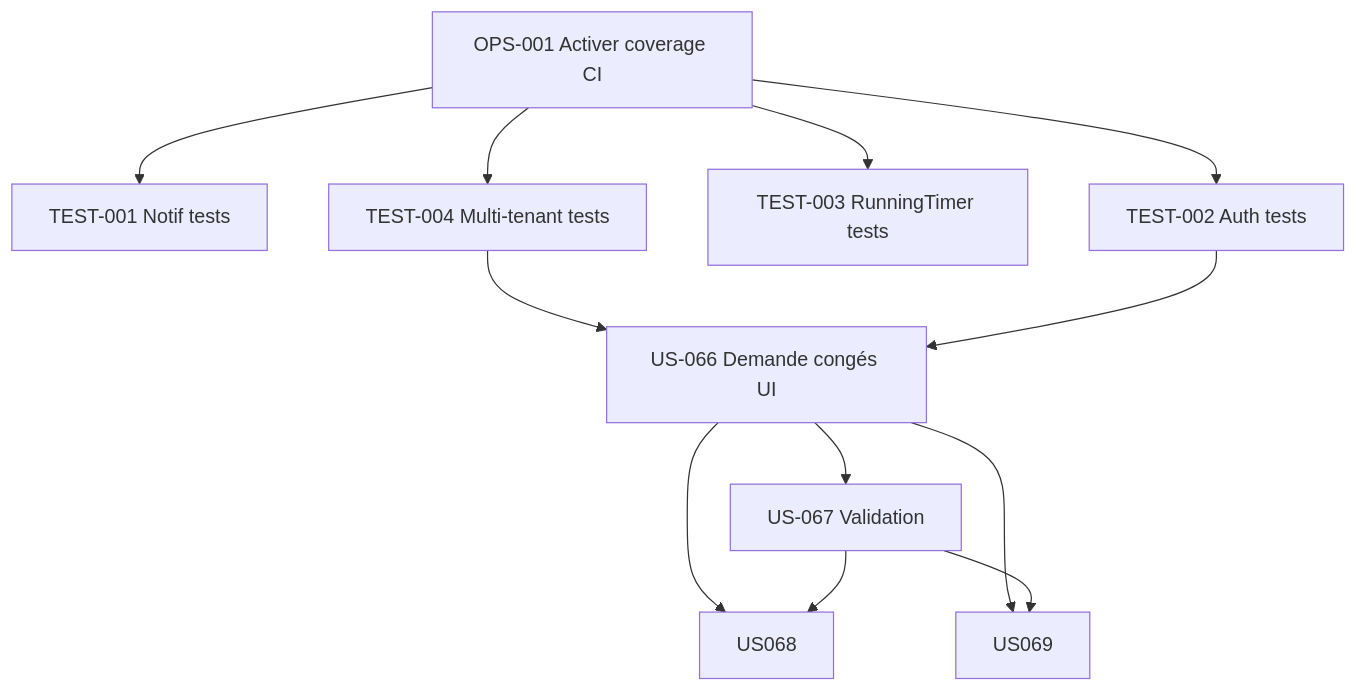
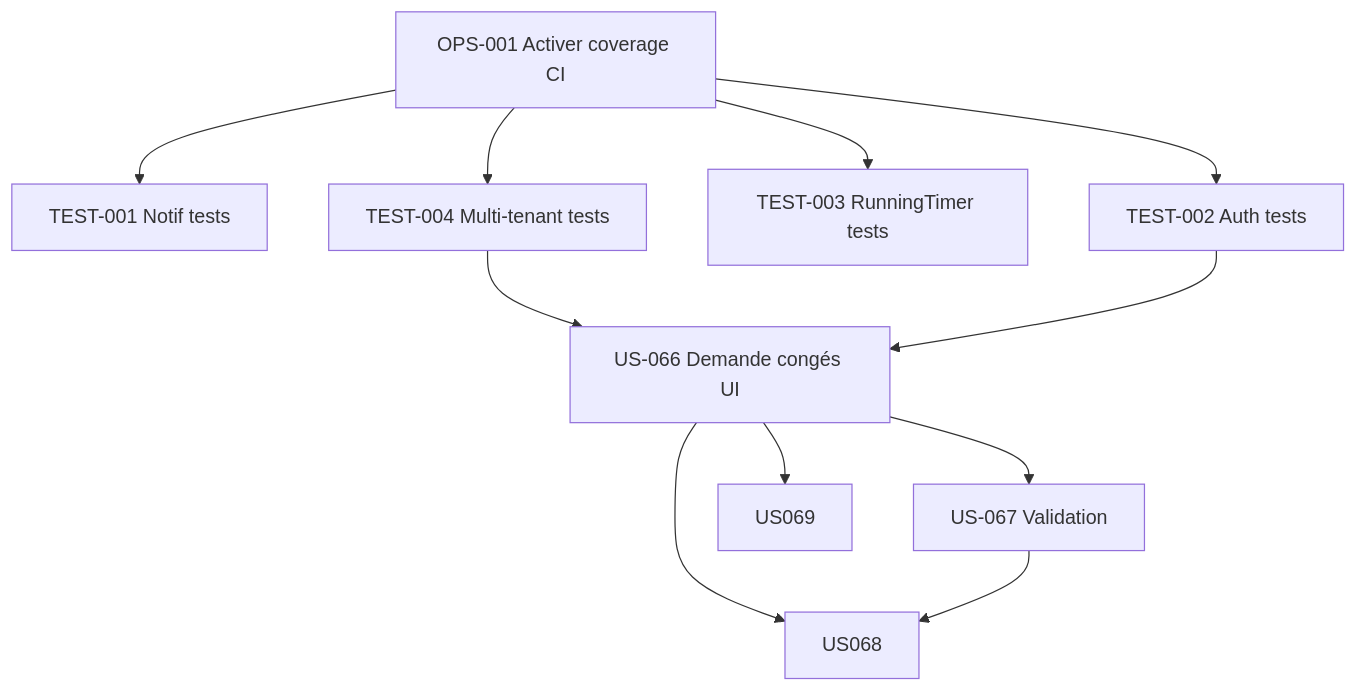
One commit to thibmonier/hotones changed the first of 2 diagrams in project-management/sprints/sprint-002-tests_consolidation/sprint-goal.md. Above: the diagram before and after it, drawn with Mermaid. The commit also changed other lines of this file and 1 other file, not shown here.

````diff
--- a/project-management/sprints/sprint-002-tests_consolidation/sprint-goal.md
+++ b/project-management/sprints/sprint-002-tests_consolidation/sprint-goal.md
@@ -48,20 +48,19 @@
 ```mermaid
 graph TD
     OPS001["OPS-001 Activer coverage CI"] --> TEST001
     OPS001 --> TEST002
     OPS001 --> TEST003
     OPS001 --> TEST004
 
     TEST004["TEST-004 Multi-tenant tests"] --> US066
     TEST002["TEST-002 Auth tests"] --> US066
 
     US066["US-066 Demande congés UI"] --> US067
     US066 --> US068
     US066 --> US069
 
     US067["US-067 Validation"] --> US068
-    US067 --> US069
 
     TEST001["TEST-001 Notif tests"]
     TEST003["TEST-003 RunningTimer tests"]
 ```
````
